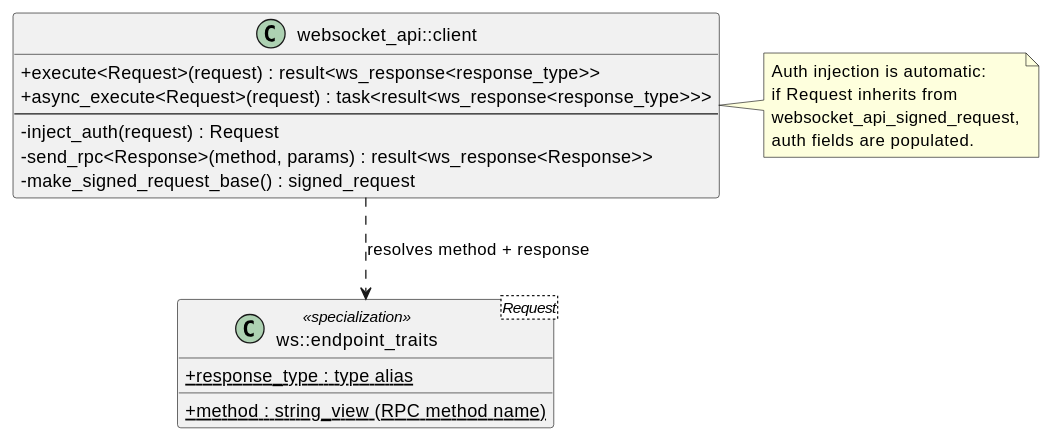
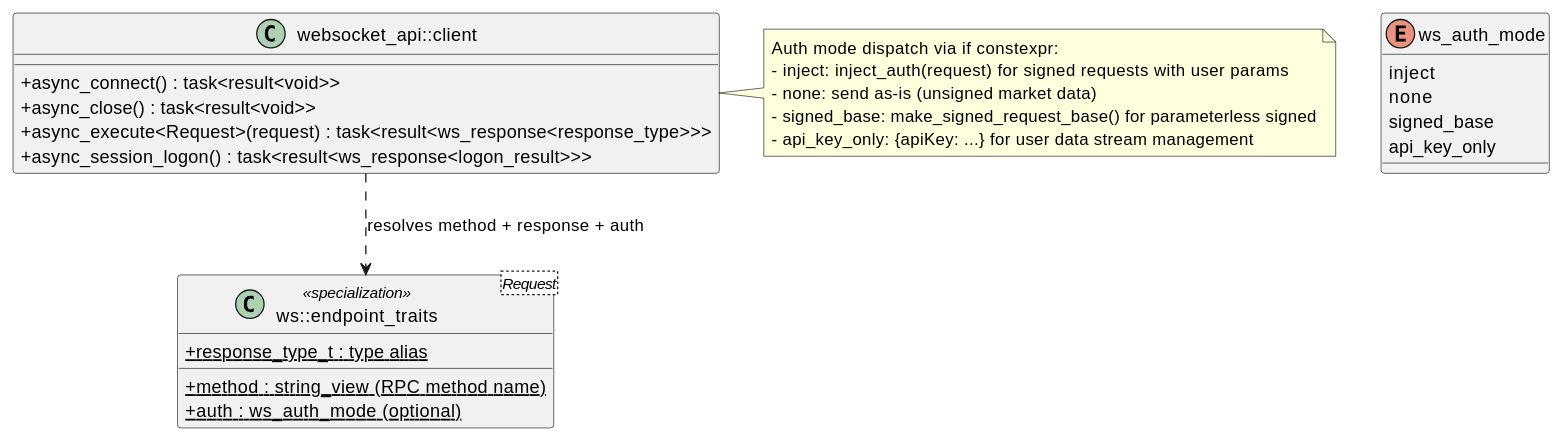
The fourth of 9 diagrams in docs/binapi2/DESIGN.md (agutikov/binapi), drawn with PlantUML before and after one commit. The commit also changed other lines of this file and 7 other files, not shown here.

````diff
--- a/docs/binapi2/DESIGN.md
+++ b/docs/binapi2/DESIGN.md
@@ -233,28 +272,35 @@
 ```plantuml
 @startuml
 skinparam classAttributeIconSize 0
 
 class "websocket_api::client" as WSC {
-  +execute<Request>(request) : result<ws_response<response_type>>
+  +async_connect() : task<result<void>>
+  +async_close() : task<result<void>>
   +async_execute<Request>(request) : task<result<ws_response<response_type>>>
-  --
-  -inject_auth(request) : Request
-  -send_rpc<Response>(method, params) : result<ws_response<Response>>
-  -make_signed_request_base() : signed_request
+  +async_session_logon() : task<result<ws_response<logon_result>>>
 }
 
 class "ws::endpoint_traits<Request>" as WET <<specialization>> {
-  +{static} response_type : type alias
+  +{static} response_type_t : type alias
   +{static} method : string_view (RPC method name)
+  +{static} auth : ws_auth_mode (optional)
+}
+
+enum ws_auth_mode {
+  inject
+  none
+  signed_base
+  api_key_only
 }
 
 note right of WSC
-  Auth injection is automatic:
-  if Request inherits from
-  websocket_api_signed_request,
-  auth fields are populated.
+  Auth mode dispatch via if constexpr:
+  - inject: inject_auth(request) for signed requests with user params
+  - none: send as-is (unsigned market data)
+  - signed_base: make_signed_request_base() for parameterless signed
+  - api_key_only: {apiKey: ...} for user data stream management
 end note
 
-WSC ..> WET : resolves method + response
+WSC ..> WET : resolves method + response + auth
 @enduml
 ```
````
